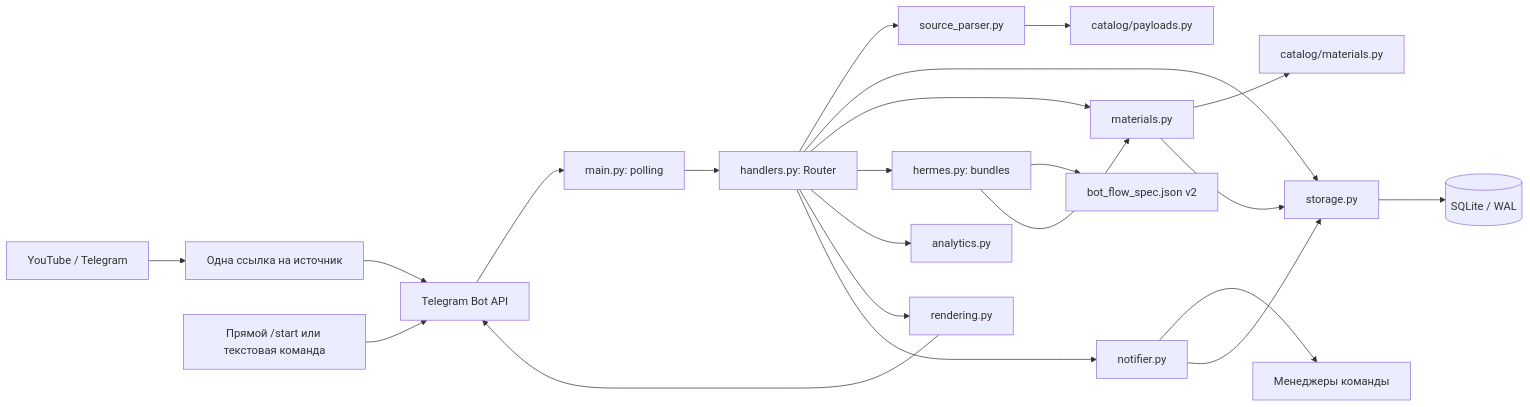
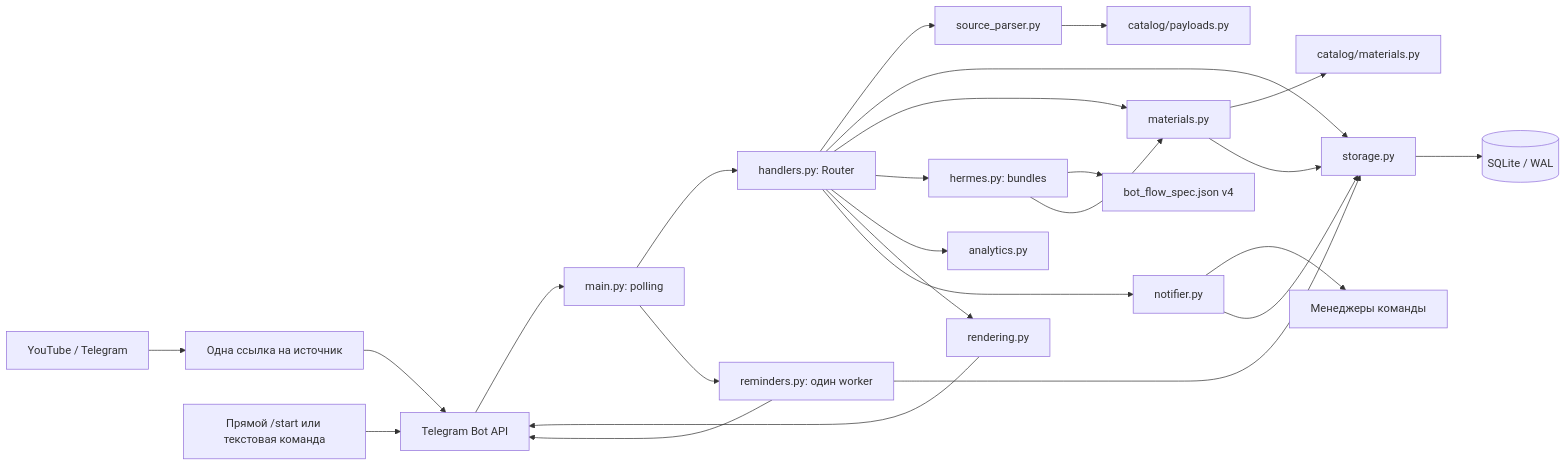
The first of 4 diagrams in vc_funnel_bot/ARCHITECTURE.md (0xAtsco/landing_rko), drawn with Mermaid before and after one commit. The commit also changed other lines of this file and 15 other files, not shown here.

````diff
--- a/vc_funnel_bot/ARCHITECTURE.md
+++ b/vc_funnel_bot/ARCHITECTURE.md
@@ -27,24 +29,27 @@
 ```mermaid
 flowchart LR
     Content["YouTube / Telegram"] --> Link["Одна ссылка на источник"]
     Direct["Прямой /start или текстовая команда"] --> Telegram
     Link --> Telegram["Telegram Bot API"]
     Telegram --> Main["main.py: polling"]
     Main --> Router["handlers.py: Router"]
     Router --> Parser["source_parser.py"]
     Parser --> Catalog["catalog/payloads.py"]
     Router --> Storage["storage.py"]
     Router --> Materials["materials.py"]
     Router --> Hermes["hermes.py: bundles"]
-    Hermes --> HermesSpec["bot_flow_spec.json v2"]
+    Hermes --> HermesSpec["bot_flow_spec.json v4"]
     Hermes --> Materials
     Materials --> MaterialCatalog["catalog/materials.py"]
     Materials --> Storage
     Router --> Analytics["analytics.py"]
     Router --> Renderer["rendering.py"]
     Renderer --> Telegram
     Router --> Notifier["notifier.py"]
     Notifier --> Sales["Менеджеры команды"]
     Notifier --> Storage
+    Main --> Reminders["reminders.py: один worker"]
+    Reminders --> Storage
+    Reminders --> Telegram
     Storage --> SQLite[("SQLite / WAL")]
 ```
````
